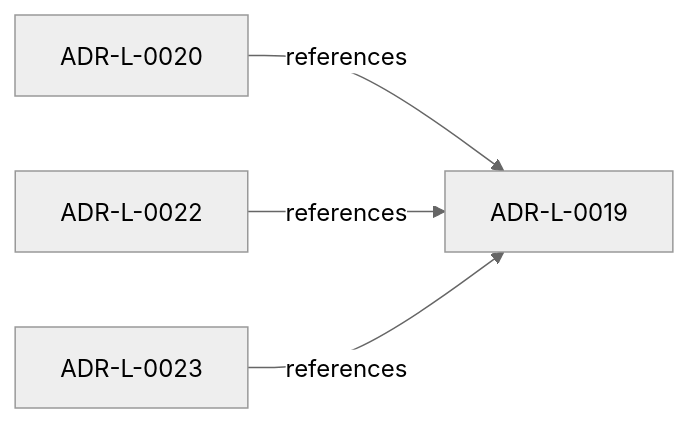
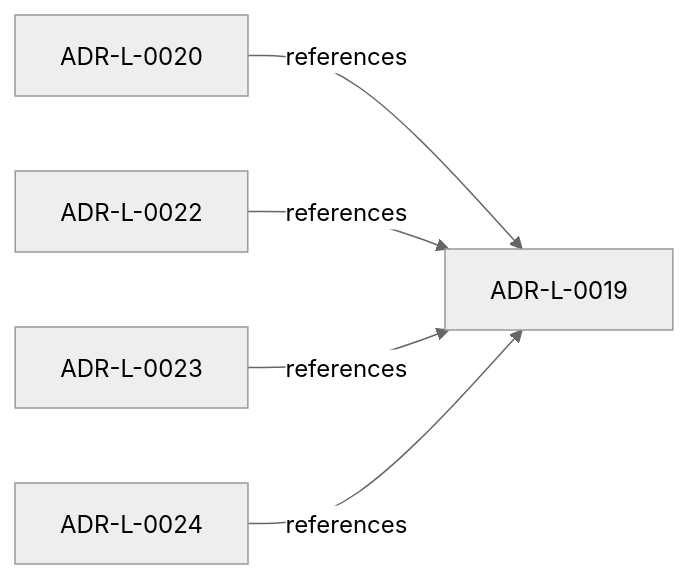
One commit to egallmann/adr-architecture-kit changed the second of 4 diagrams in adrs/adr-projection/logical/ADR-L-0019-canonical-entity-identity.md. Above: the diagram before and after it, drawn with Mermaid (neutral theme). The commit also changed other lines of this file and 16 other files, not shown here.

Commit message:
architecture: authorize TypeScript consumer binding

````diff
--- a/adrs/adr-projection/logical/ADR-L-0019-canonical-entity-identity.md
+++ b/adrs/adr-projection/logical/ADR-L-0019-canonical-entity-identity.md
@@ -133,10 +133,12 @@
 ```mermaid
 flowchart LR
   n_019fee89_e617_78d9_ba3b_b7e3e6db1b12["ADR-L-0019"]
   n_019ffdba_3c42_7c4a_a737_f6751a265d60["ADR-L-0020"]
   n_01a00643_1bfc_788c_911b_83a4725a8de1["ADR-L-0022"]
   n_01a00644_1bfc_7abc_8aaa_111111111111["ADR-L-0023"]
+  n_01a02d38_7cf3_7b3c_87ec_1c5f08490c6e["ADR-L-0024"]
   n_019ffdba_3c42_7c4a_a737_f6751a265d60 -->|"references"| n_019fee89_e617_78d9_ba3b_b7e3e6db1b12
   n_01a00643_1bfc_788c_911b_83a4725a8de1 -->|"references"| n_019fee89_e617_78d9_ba3b_b7e3e6db1b12
   n_01a00644_1bfc_7abc_8aaa_111111111111 -->|"references"| n_019fee89_e617_78d9_ba3b_b7e3e6db1b12
+  n_01a02d38_7cf3_7b3c_87ec_1c5f08490c6e -->|"references"| n_019fee89_e617_78d9_ba3b_b7e3e6db1b12
 ```
````
